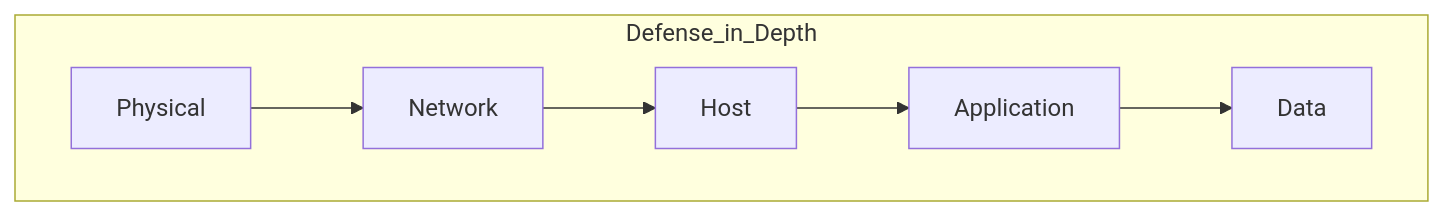
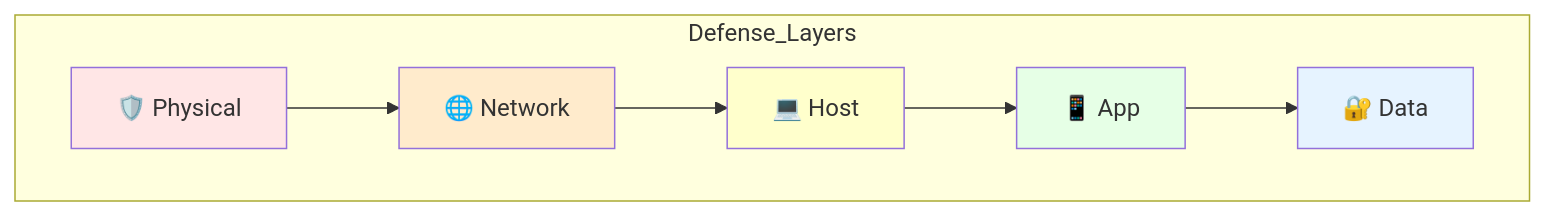
Before and after one commit to Aaronk41/Cybersecurity-EEP: the diagram in week3/defense-in-depth.mmd, drawn with Mermaid.

```diff
--- a/week3/defense-in-depth.mmd
+++ b/week3/defense-in-depth.mmd
@@ -1,7 +1,11 @@
 flowchart TD
-    subgraph Defense_in_Depth
-        A[Physical] --> B[Network]
-        B --> C[Host]
-        C --> D[Application]
-        D --> E[Data]
+    subgraph Defense_Layers
+        A[🛡️ Physical] --> B[🌐 Network]
+        B --> C[💻 Host] --> D[📱 App]
+        D --> E[🔐 Data]
     end
+    style A fill:#ffe6e6
+    style B fill:#ffebcc
+    style C fill:#ffffcc
+    style D fill:#e6ffe6
+    style E fill:#e6f3ff
```
